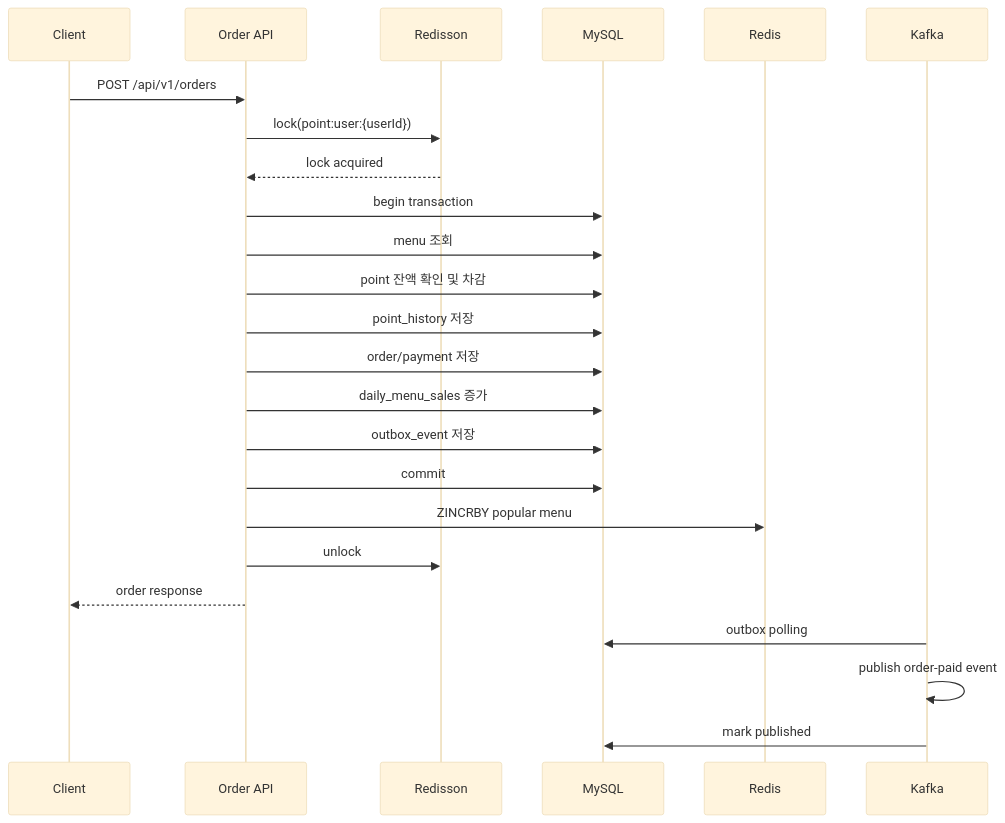
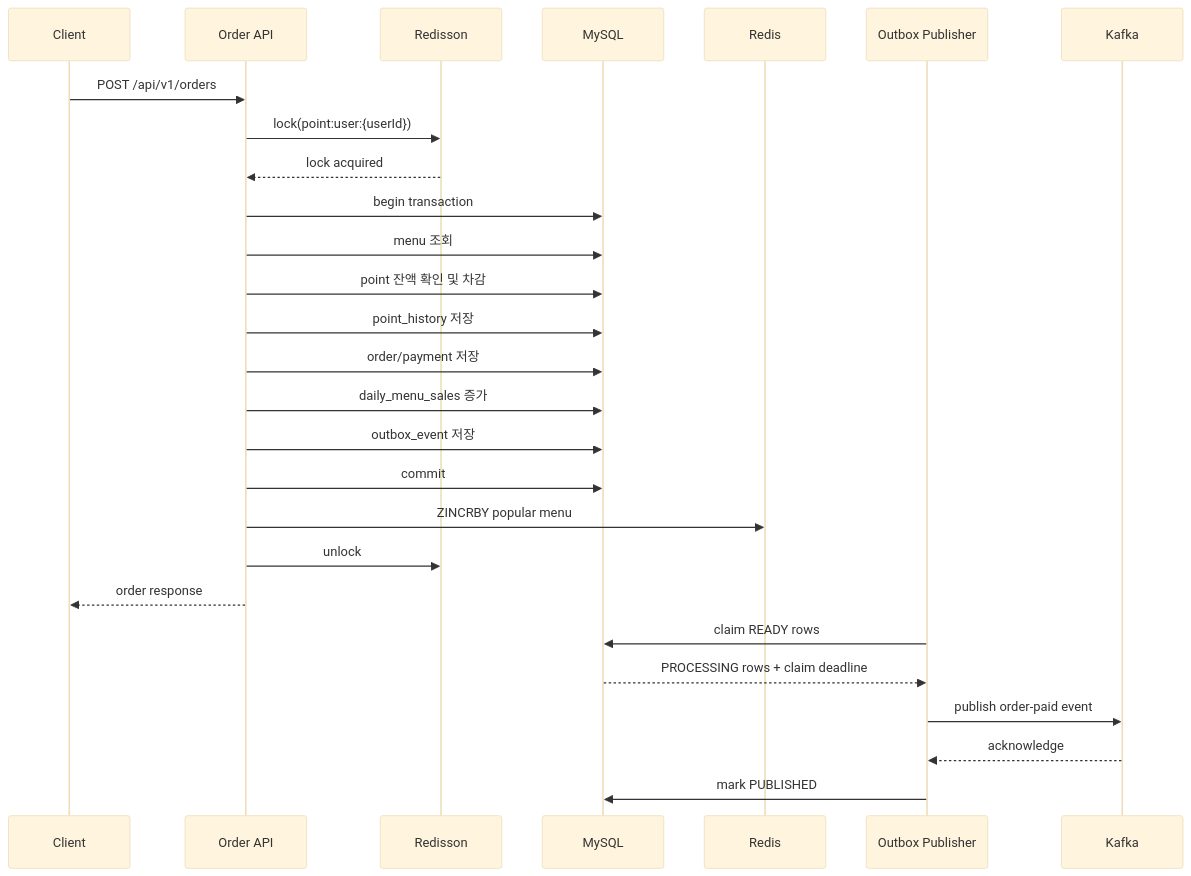
The second of 2 diagrams in README.md (116Lv/sparta-ch6-advanced), drawn with Mermaid (base theme) before and after one commit. The commit also changed other lines of this file and 13 other files, not shown here.

Commit message:
docs: strengthen architecture and quality design

````diff
--- a/README.md
+++ b/README.md
@@ -285,27 +274,30 @@
 ```mermaid
 sequenceDiagram
   participant Client
   participant API as Order API
   participant Lock as Redisson
   participant DB as MySQL
   participant Redis
+  participant Publisher as Outbox Publisher
   participant Kafka
 
   Client->>API: POST /api/v1/orders
   API->>Lock: lock(point:user:{userId})
   Lock-->>API: lock acquired
   API->>DB: begin transaction
   API->>DB: menu 조회
   API->>DB: point 잔액 확인 및 차감
   API->>DB: point_history 저장
   API->>DB: order/payment 저장
   API->>DB: daily_menu_sales 증가
   API->>DB: outbox_event 저장
   API->>DB: commit
   API->>Redis: ZINCRBY popular menu
   API->>Lock: unlock
   API-->>Client: order response
-  Kafka->>DB: outbox polling
-  Kafka->>Kafka: publish order-paid event
-  Kafka->>DB: mark published
+  Publisher->>DB: claim READY rows
+  DB-->>Publisher: PROCESSING rows + claim deadline
+  Publisher->>Kafka: publish order-paid event
+  Kafka-->>Publisher: acknowledge
+  Publisher->>DB: mark PUBLISHED
 ```
````
